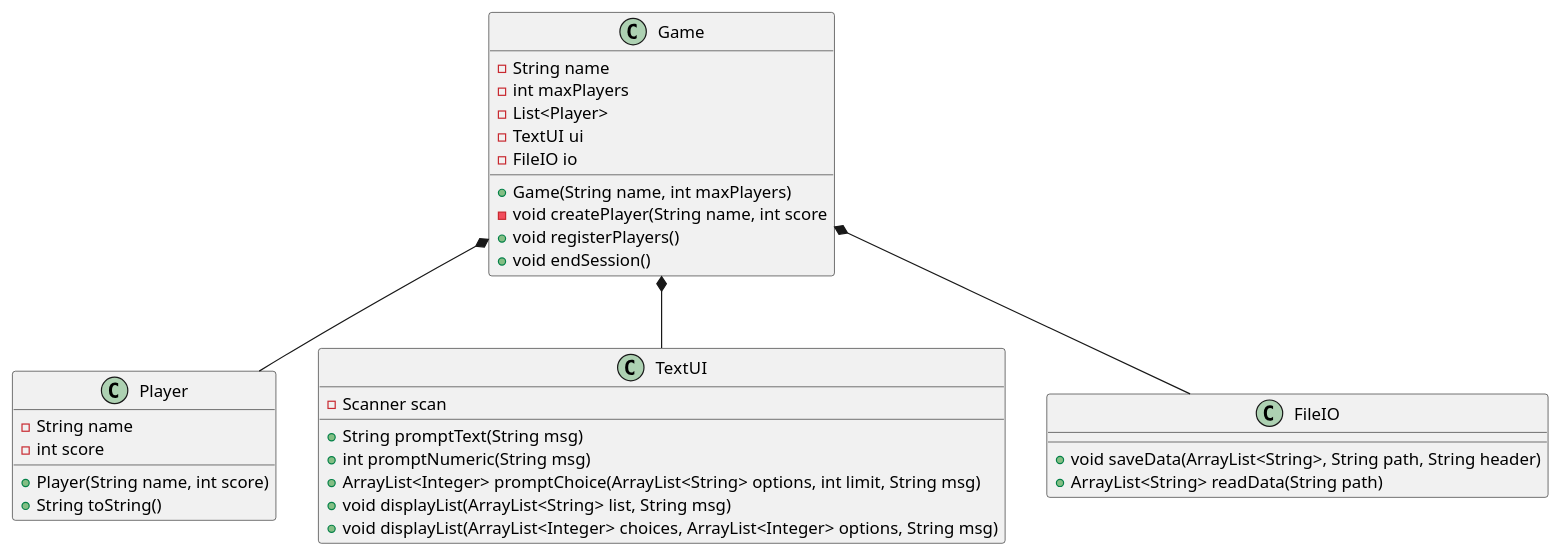
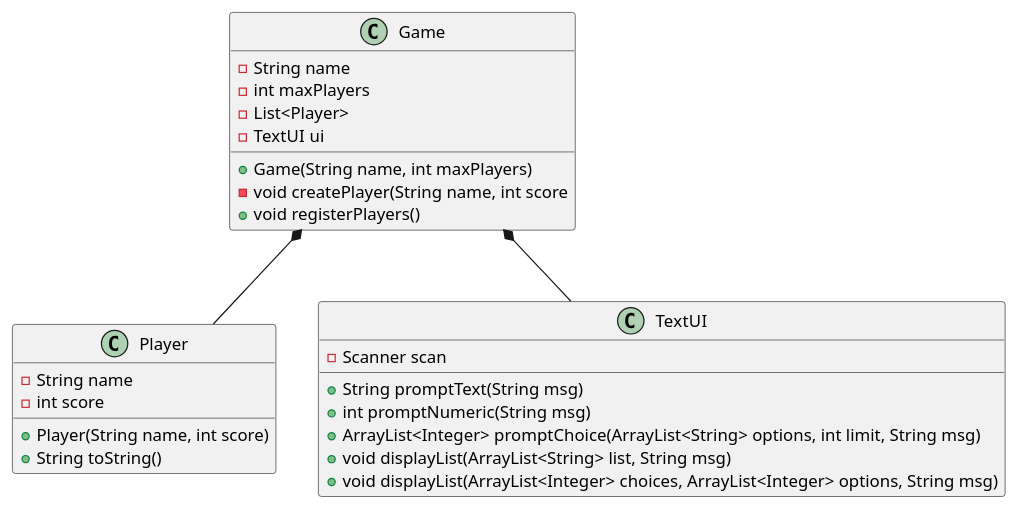
One commit to Eligoon/Game changed the diagram in Doc/classdiagram_v2.puml. Above: the diagram before and after it, drawn with PlantUML. The commit also changed 7 other files, not shown here.

```diff
--- a/Doc/classdiagram_v2.puml
+++ b/Doc/classdiagram_v2.puml
@@ -1,53 +1,49 @@
- @startuml
+@startuml
 'https://plantuml.com/class-diagram
 
 class Game
 class Player
 
 
 Game *-- Player
 Game *-- TextUI
 
-Game *-- FileIO
+'Game *-- FileIO
 
 
 
 class Game {
 - String name
 - int maxPlayers
 - List<Player>
 - TextUI ui
-- FileIO io
+'- FileIO io
 + Game(String name, int maxPlayers)
 - void createPlayer(String name, int score
 + void registerPlayers()
 '+ void registerPlayers(String path)
-+ void endSession()
+'+ void endSession()
 
 }
 class Player {
 - String name
 - int score
 + Player(String name, int score)
 + String toString()
 }
 
 class TextUI {
 - Scanner scan
 ' shows a message and returns the user's input as a String
 + String promptText(String msg)
 ' shows a message and returns the user's input as an integer
 + int promptNumeric(String msg)
 ' shows the options, promts for choices until limit is reached, and returns the user's choices as a list
 + ArrayList<Integer> promptChoice(ArrayList<String> options, int limit, String msg)
 ' shows a message and lists the content of a list
 + void displayList(ArrayList<String> list, String msg)
 + void displayList(ArrayList<Integer> choices, ArrayList<Integer> options, String msg)
 }
 
-class FileIO{
-+ void saveData(ArrayList<String>, String path, String header)
-+ ArrayList<String> readData(String path)
-}
 
 @enduml
```
